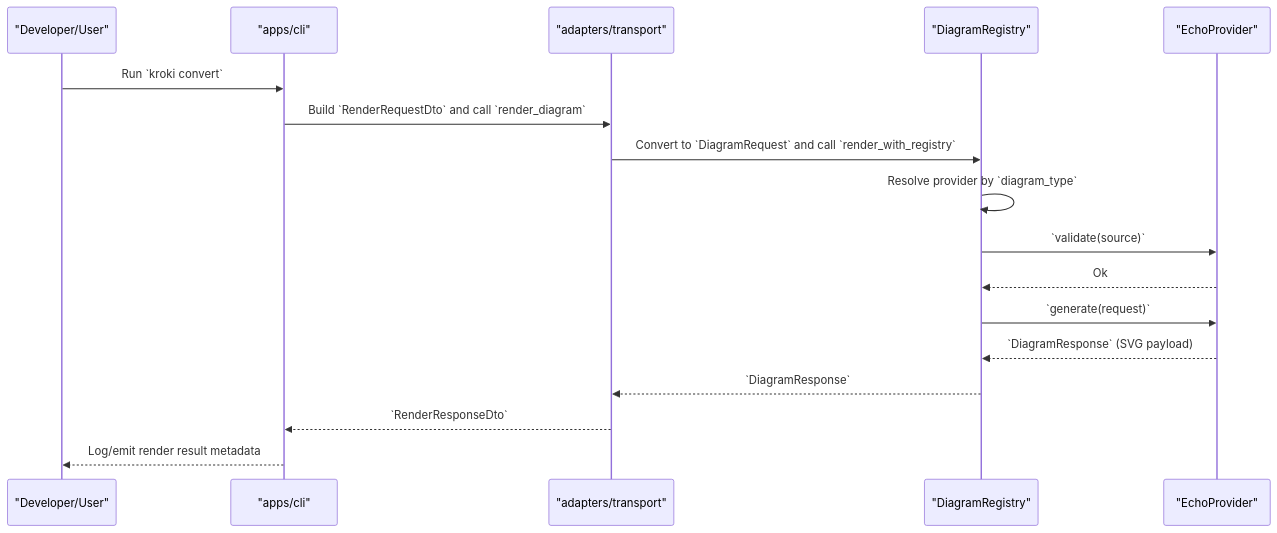
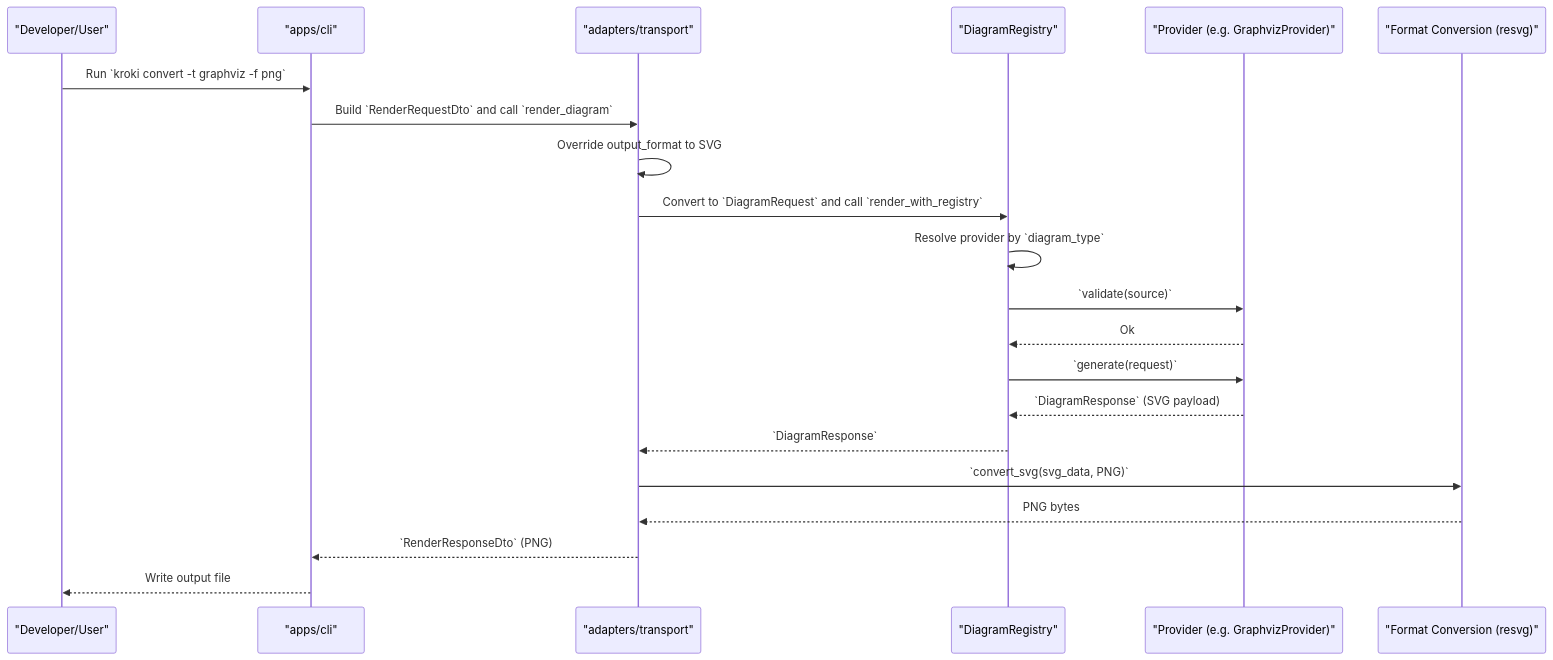
Before and after one commit to softmentor/kroki-rs-nxt: the fourth of 5 diagrams in docs/developer-guide/02-design/architecture.md, drawn with Mermaid. The commit also changed other lines of this file and 7 other files, not shown here.

Commit message:
feat: Finalize Phase 3 with all core diagram providers, implement SVG to raster image conversion, and update developer and user guides.

````diff
--- a/docs/developer-guide/02-design/architecture.md
+++ b/docs/developer-guide/02-design/architecture.md
@@ -314,20 +328,24 @@
 ```mermaid
 sequenceDiagram
     participant U as "Developer/User"
     participant C as "apps/cli"
     participant T as "adapters/transport"
     participant R as "DiagramRegistry"
-    participant P as "EchoProvider"
+    participant P as "Provider (e.g. GraphvizProvider)"
+    participant Conv as "Format Conversion (resvg)"
 
-    U->>C: Run `kroki convert`
+    U->>C: Run `kroki convert -t graphviz -f png`
     C->>T: Build `RenderRequestDto` and call `render_diagram`
+    T->>T: Override output_format to SVG
     T->>R: Convert to `DiagramRequest` and call `render_with_registry`
     R->>R: Resolve provider by `diagram_type`
     R->>P: `validate(source)`
     P-->>R: Ok
     R->>P: `generate(request)`
     P-->>R: `DiagramResponse` (SVG payload)
     R-->>T: `DiagramResponse`
-    T-->>C: `RenderResponseDto`
-    C-->>U: Log/emit render result metadata
+    T->>Conv: `convert_svg(svg_data, PNG)`
+    Conv-->>T: PNG bytes
+    T-->>C: `RenderResponseDto` (PNG)
+    C-->>U: Write output file
 ```
````
